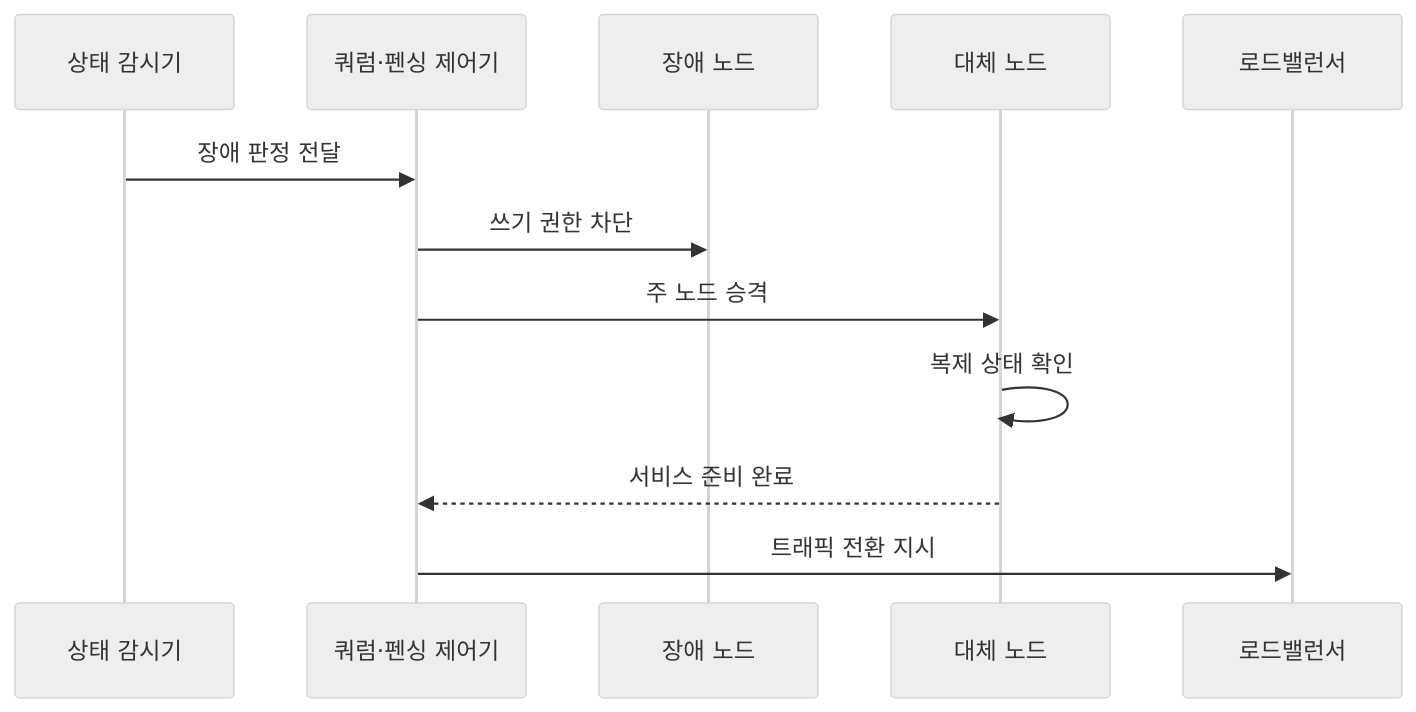
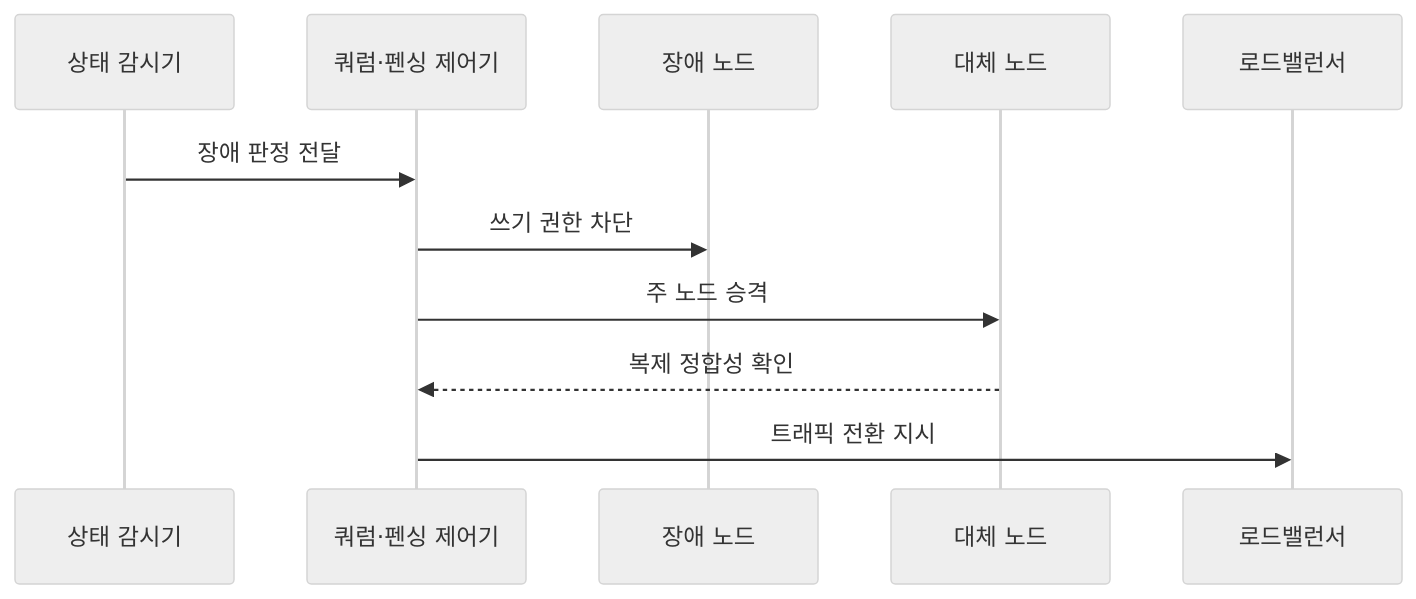
One commit to agnusdei1207/knowledge-base changed the second of 2 diagrams in src/content/docs/notes/06-evaluation/017_high_availability_architecture.md. Above: the diagram before and after it, drawn with Mermaid (neutral theme). The commit also changed other lines of this file and 11 other files, not shown here.

````diff
--- a/src/content/docs/notes/06-evaluation/017_high_availability_architecture.md
+++ b/src/content/docs/notes/06-evaluation/017_high_availability_architecture.md
@@ -87,14 +87,13 @@
 ```mermaid
 sequenceDiagram
     participant M as 상태 감시기
     participant Q as 쿼럼·펜싱 제어기
     participant F as 장애 노드
     participant S as 대체 노드
     participant L as 로드밸런서
     M->>Q: 장애 판정 전달
     Q->>F: 쓰기 권한 차단
     Q->>S: 주 노드 승격
-    S->>S: 복제 상태 확인
-    S-->>Q: 서비스 준비 완료
+    S-->>Q: 복제 정합성 확인
     Q->>L: 트래픽 전환 지시
 ```
````
